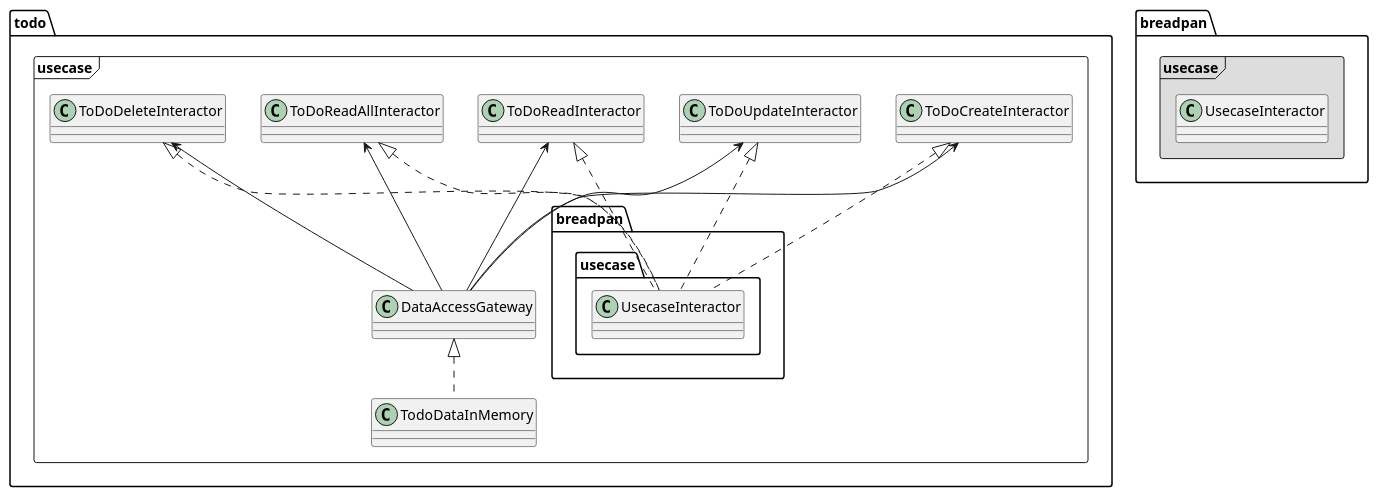
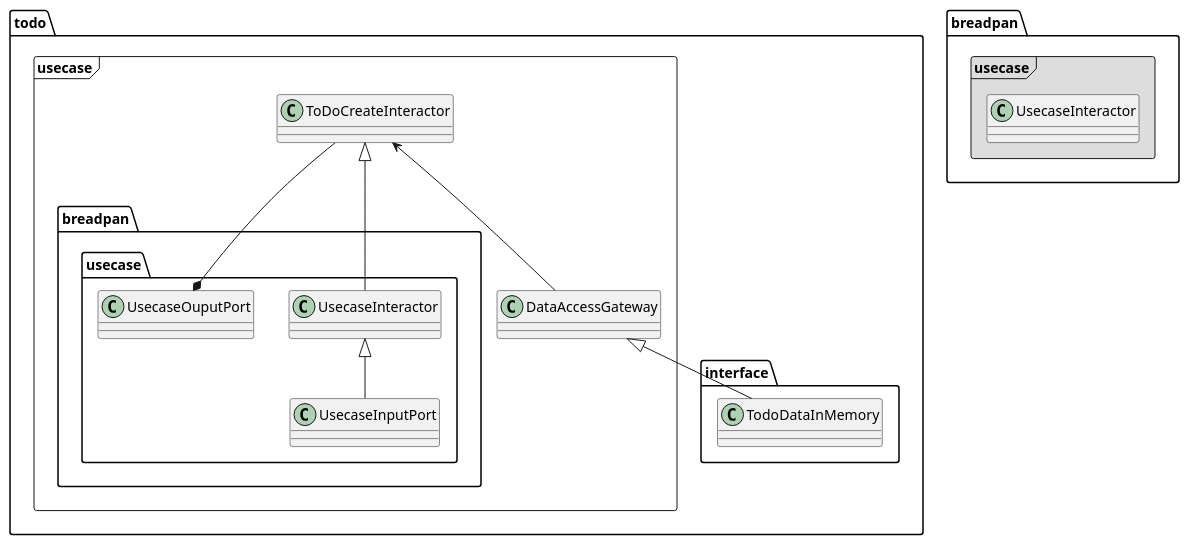
The third of 4 diagrams in docs/how_to_implement.md (jinhoyoo/breadpan), drawn with PlantUML before and after one commit. The commit also changed other lines of this file, not shown here.

Commit message:
described the usecase layer's explanation.

````diff
--- a/docs/how_to_implement.md
+++ b/docs/how_to_implement.md
@@ -85,27 +134,17 @@
 ```plantuml
 @startuml
 
 package todo.usecase <<Frame>> {
-    ToDoCreateInteractor <|.. breadpan.usecase.UsecaseInteractor
-    ToDoUpdateInteractor <|.. breadpan.usecase.UsecaseInteractor
-    ToDoReadInteractor <|.. breadpan.usecase.UsecaseInteractor
-    ToDoReadAllInteractor <|.. breadpan.usecase.UsecaseInteractor
-    ToDoDeleteInteractor <|.. breadpan.usecase.UsecaseInteractor
-
+    DataAccessGateway <|-- todo.interface.TodoDataInMemory
+    ToDoCreateInteractor <|-- breadpan.usecase.UsecaseInteractor
+    breadpan.usecase.UsecaseInteractor <|-- breadpan.usecase.UsecaseInputPort
+    breadpan.usecase.UsecaseOuputPort *-- ToDoCreateInteractor
     ToDoCreateInteractor <-- DataAccessGateway
-    ToDoUpdateInteractor <-- DataAccessGateway
-    ToDoReadInteractor <-- DataAccessGateway
-    ToDoReadAllInteractor <-- DataAccessGateway
-    ToDoDeleteInteractor <-- DataAccessGateway
-
-    DataAccessGateway <|.. TodoDataInMemory
 }
-
 
 package breadpan.usecase <<Frame>> #DDDDDD{
     class UsecaseInteractor 
 }
 
-
 @enduml
 ```
````
